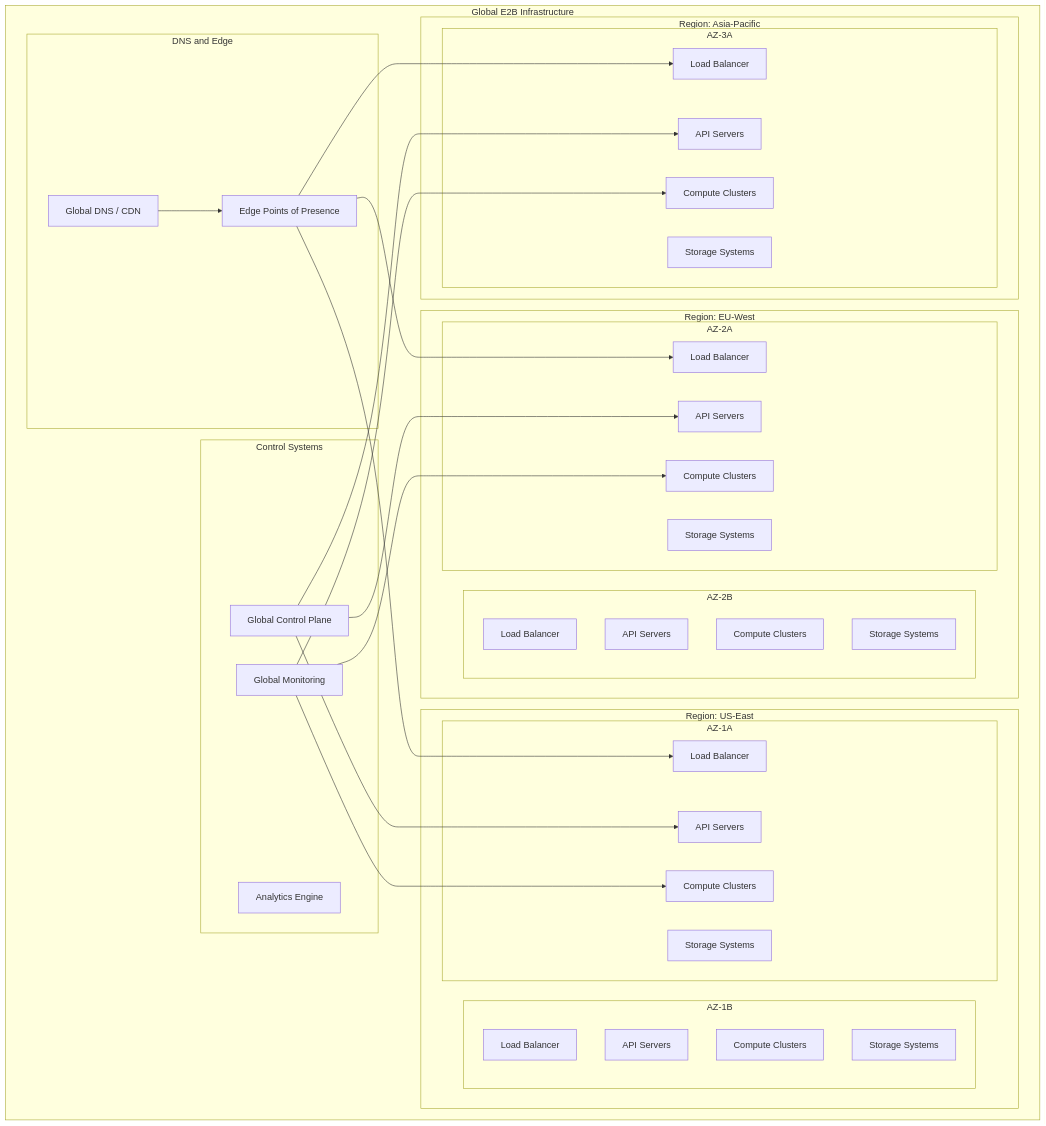
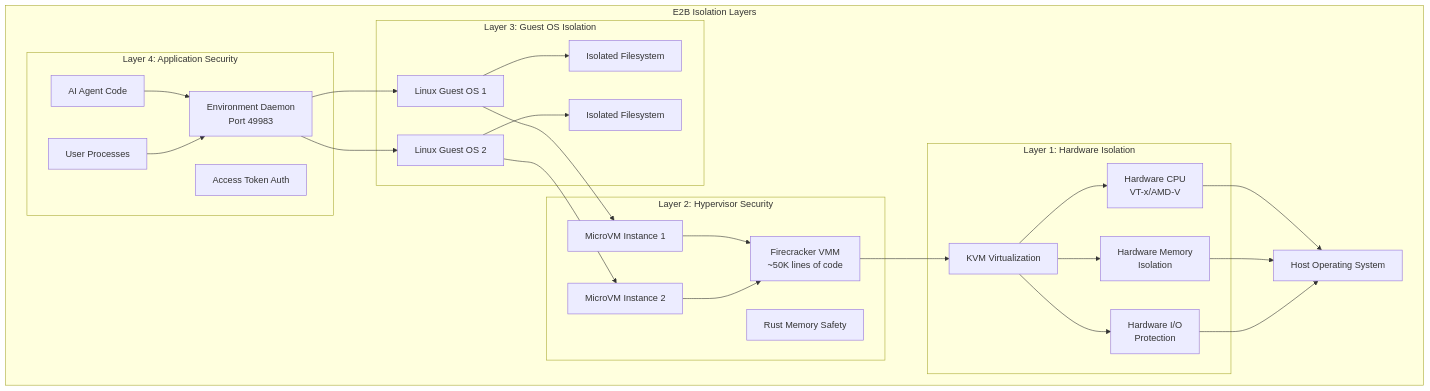
One commit to dwarvesf/research changed the seventh of 8 diagrams in breakdown/e2b.md. Above: the diagram before and after it, drawn with Mermaid. The commit also changed other lines of this file and 2 other files, not shown here.

````diff
--- a/breakdown/e2b.md
+++ b/breakdown/e2b.md
@@ -767,67 +502,57 @@
 ```mermaid
 graph TB
-    subgraph "Global E2B Infrastructure"
-        subgraph "DNS and Edge"
-            GlobalDNS[Global DNS / CDN]
-            EdgePOP[Edge Points of Presence]
+    subgraph "E2B Isolation Layers"
+        subgraph "Layer 4: Application Security"
+            App1[AI Agent Code]
+            App2[User Processes]
+            EnvD[Environment Daemon<br/>Port 49983]
+            Auth[Access Token Auth]
         end
 
-        subgraph "Region: US-East"
-            subgraph "AZ-1A"
-                LB1A[Load Balancer]
-                API1A[API Servers]
-                Compute1A[Compute Clusters]
-                Storage1A[Storage Systems]
-            end
-            subgraph "AZ-1B"
-                LB1B[Load Balancer]
-                API1B[API Servers]
-                Compute1B[Compute Clusters]
-                Storage1B[Storage Systems]
-            end
+        subgraph "Layer 3: Guest OS Isolation"
+            GuestOS1[Linux Guest OS 1]
+            GuestOS2[Linux Guest OS 2]
+            Filesystem1[Isolated Filesystem]
+            Filesystem2[Isolated Filesystem]
         end
 
-        subgraph "Region: EU-West"
-            subgraph "AZ-2A"
-                LB2A[Load Balancer]
-                API2A[API Servers]
-                Compute2A[Compute Clusters]
-                Storage2A[Storage Systems]
-            end
-            subgraph "AZ-2B"
-                LB2B[Load Balancer]
-                API2B[API Servers]
-                Compute2B[Compute Clusters]
-                Storage2B[Storage Systems]
-            end
+        subgraph "Layer 2: Hypervisor Security"
+            Firecracker[Firecracker VMM<br/>~50K lines of code]
+            VMM1[MicroVM Instance 1]
+            VMM2[MicroVM Instance 2]
+            RustSafety[Rust Memory Safety]
         end
 
-        subgraph "Region: Asia-Pacific"
-            subgraph "AZ-3A"
-                LB3A[Load Balancer]
-                API3A[API Servers]
-                Compute3A[Compute Clusters]
-                Storage3A[Storage Systems]
-            end
+        subgraph "Layer 1: Hardware Isolation"
+            KVM[KVM Virtualization]
+            CPU[Hardware CPU<br/>VT-x/AMD-V]
+            Memory[Hardware Memory<br/>Isolation]
+            IOMMU[Hardware I/O<br/>Protection]
         end
 
-        subgraph "Control Systems"
-            GlobalControl[Global Control Plane]
-            Monitoring[Global Monitoring]
-            Analytics[Analytics Engine]
-        end
+        Host[Host Operating System]
     end
 
-    GlobalDNS --> EdgePOP
-    EdgePOP --> LB1A
-    EdgePOP --> LB2A
-    EdgePOP --> LB3A
+    App1 --> EnvD
+    App2 --> EnvD
+    EnvD --> GuestOS1
+    EnvD --> GuestOS2
 
-    GlobalControl --> API1A
-    GlobalControl --> API2A
-    GlobalControl --> API3A
+    GuestOS1 --> Filesystem1
+    GuestOS2 --> Filesystem2
 
-    Monitoring --> Compute1A
-    Monitoring --> Compute2A
-    Monitoring --> Compute3A
+    GuestOS1 --> VMM1
+    GuestOS2 --> VMM2
+
+    VMM1 --> Firecracker
+    VMM2 --> Firecracker
+
+    Firecracker --> KVM
+    KVM --> CPU
+    KVM --> Memory
+    KVM --> IOMMU
+
+    CPU --> Host
+    Memory --> Host
+    IOMMU --> Host
 ```
````
